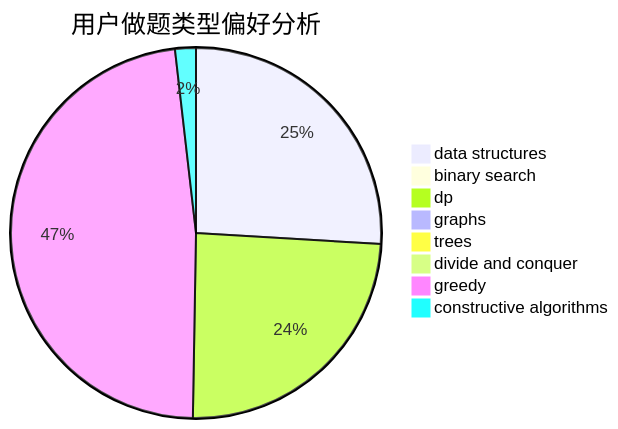
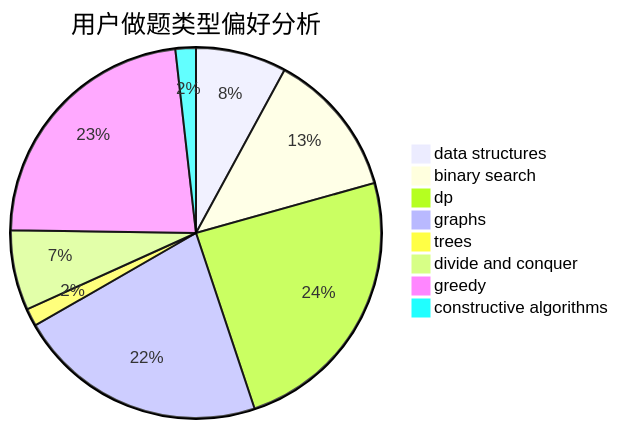
The second of 3 diagrams in docs/user/u1690.md (sherpahu/cfrs.github.io), drawn with Mermaid before and after one commit. The commit also changed other lines of this file and 2770 other files, not shown here.

````diff
--- a/docs/user/u1690.md
+++ b/docs/user/u1690.md
@@ -23,11 +23,11 @@
 ```mermaid
 pie title 用户做题类型偏好分析
-    "data structures" :  385
-    "binary search" :  12
-    "dp" :  361
-    "graphs" :  10
-    "trees" :  7
-    "divide and conquer" :  0
-    "greedy" :  711
-    "constructive algorithms" :  27
+    "data structures" :  102
+    "binary search" :  164
+    "dp" :  312
+    "graphs" :  281
+    "trees" :  20
+    "divide and conquer" :  90
+    "greedy" :  296
+    "constructive algorithms" :  23
 ```
````
